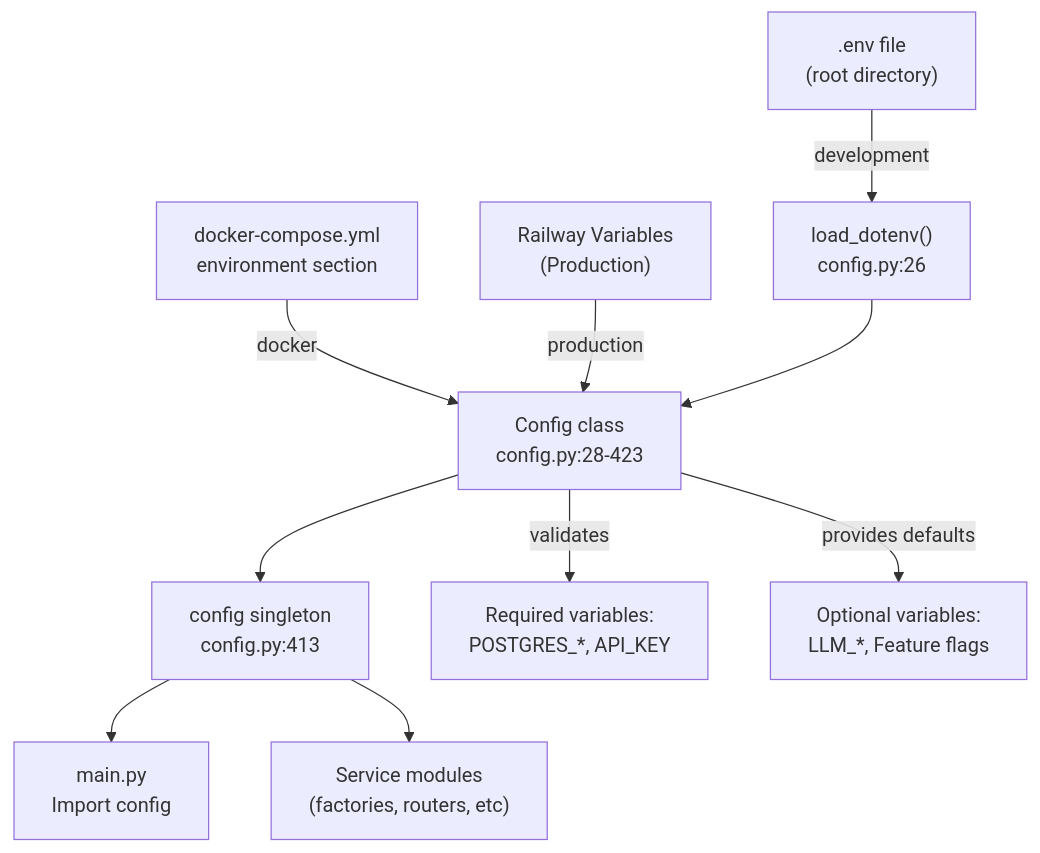
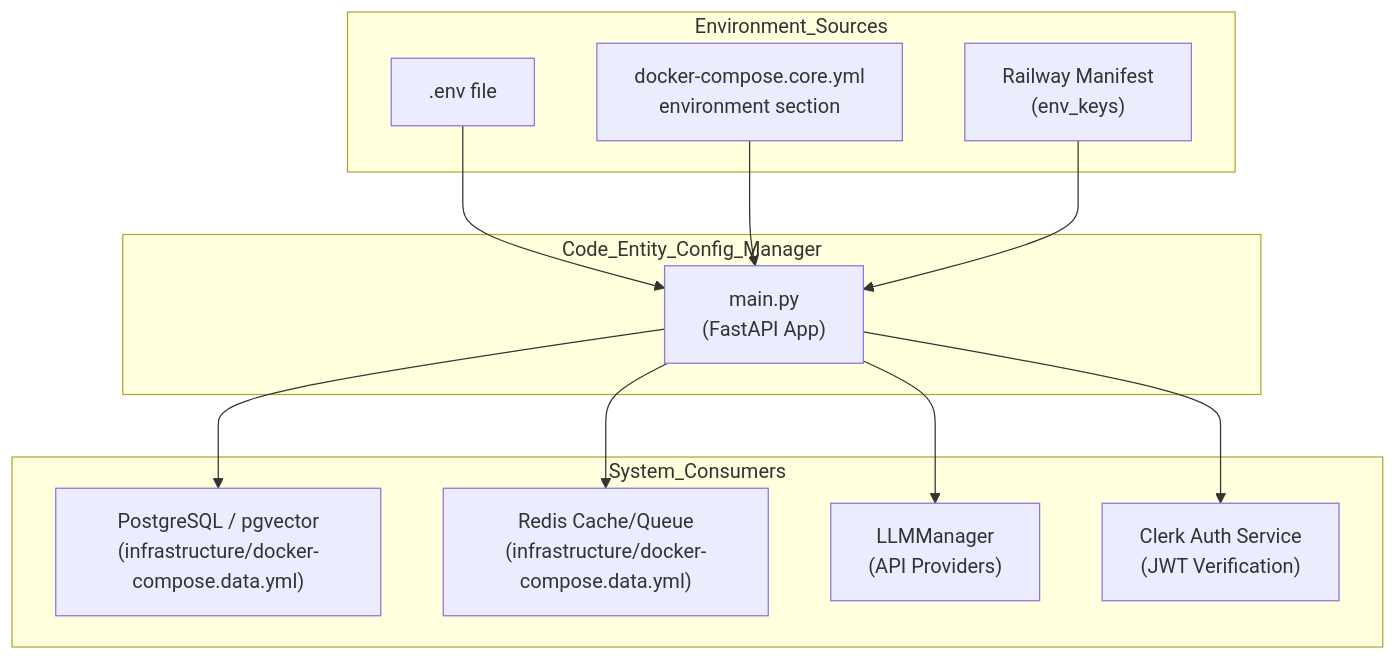
Before and after one commit to AutomatosAI/automatos-ai: the first of 2 diagrams in docs/deployment-infrastructure/environment-variables.md, drawn with Mermaid. The commit also changed other lines of this file and 149 other files, not shown here.

Commit message:
docs: refresh documentation with graphify semantic scan

````diff
--- a/docs/deployment-infrastructure/environment-variables.md
+++ b/docs/deployment-infrastructure/environment-variables.md
@@ -42,25 +53,28 @@
 ```mermaid
-graph TD
-    EnvFile[".env file<br/>(root directory)"]
-    DockerCompose["docker-compose.yml<br/>environment section"]
-    RailwayVars["Railway Variables<br/>(Production)"]
+graph TB
+    subgraph "Environment_Sources"
+        EnvFile[".env file"]
+        ComposeEnv["docker-compose.core.yml<br/>environment section"]
+        PlatformEnv["Railway Manifest<br/>(env_keys)"]
+    end
     
-    LoadDotenv["load_dotenv()<br/>config.py:26"]
-    ConfigClass["Config class<br/>config.py:28-423"]
-    ConfigSingleton["config singleton<br/>config.py:413"]
+    subgraph "Code_Entity_Config_Manager"
+        ConfigModule["main.py<br/>(FastAPI App)"]
+    end
     
-    MainApp["main.py<br/>Import config"]
-    Services["Service modules<br/>(factories, routers, etc)"]
+    EnvFile --> ConfigModule
+    ComposeEnv --> ConfigModule
+    PlatformEnv --> ConfigModule
     
-    EnvFile -->|"development"| LoadDotenv
-    DockerCompose -->|"docker"| ConfigClass
-    RailwayVars -->|"production"| ConfigClass
+    subgraph "System_Consumers"
+        DB["PostgreSQL / pgvector<br/>(infrastructure/docker-compose.data.yml)"]
+        RedisSvc["Redis Cache/Queue<br/>(infrastructure/docker-compose.data.yml)"]
+        LLM["LLMManager<br/>(API Providers)"]
+        Auth["Clerk Auth Service<br/>(JWT Verification)"]
+    end
     
-    LoadDotenv --> ConfigClass
-    ConfigClass --> ConfigSingleton
-    ConfigSingleton --> MainApp
-    ConfigSingleton --> Services
-    
-    ConfigClass -->|"validates"| Required["Required variables:<br/>POSTGRES_*, API_KEY"]
-    ConfigClass -->|"provides defaults"| Optional["Optional variables:<br/>LLM_*, Feature flags"]
+    ConfigModule --> DB
+    ConfigModule --> RedisSvc
+    ConfigModule --> LLM
+    ConfigModule --> Auth
 ```
````
